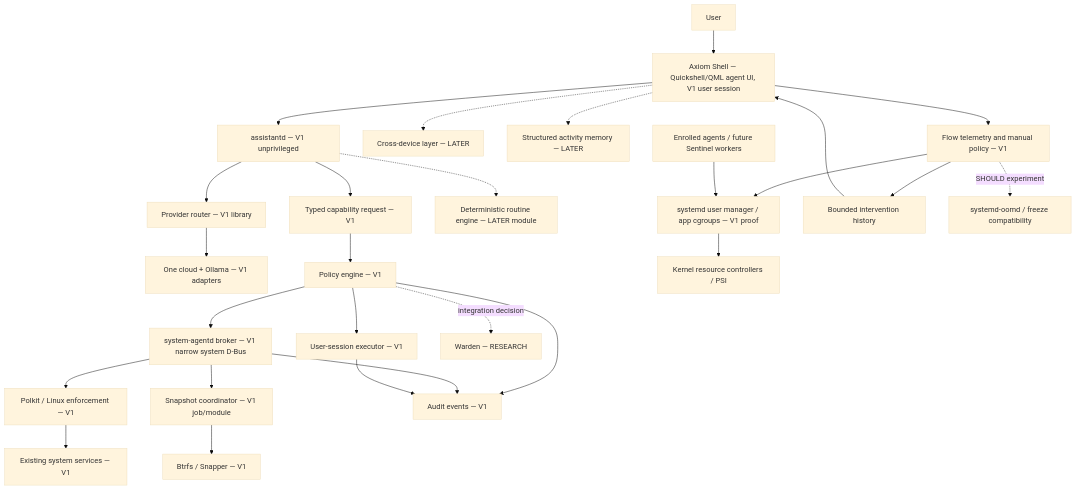
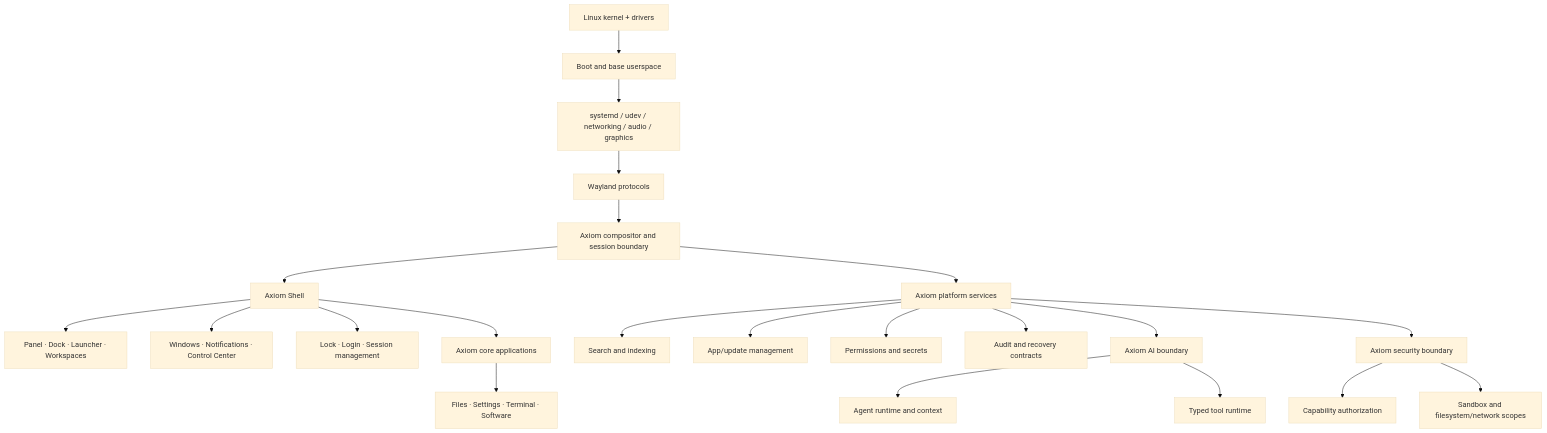
One commit to Prof-bilal/Axiom changed the diagram in docs/ARCHITECTURE.md. Above: the diagram before and after it, drawn with Mermaid (base theme). The commit also changed other lines of this file and 75 other files, not shown here.

Commit message:
Reset architecture around Axiom-owned desktop

````diff
--- a/docs/ARCHITECTURE.md
+++ b/docs/ARCHITECTURE.md
@@ -39,29 +15,24 @@
 ```mermaid
-flowchart TD
-  User[User] --> UI[Axiom Shell — Quickshell/QML agent UI, V1 user session]
-  UI --> A[assistantd — V1 unprivileged]
-  A --> R[Provider router — V1 library]
-  R --> P[One cloud + Ollama — V1 adapters]
-  A --> C[Typed capability request — V1]
-  C --> E[Policy engine — V1]
-  E --> U[User-session executor — V1]
-  E --> B[system-agentd broker — V1 narrow system D-Bus]
-  B --> K[Polkit / Linux enforcement — V1]
-  K --> S[Existing system services — V1]
-  E -. integration decision .-> W[Warden — RESEARCH]
-  B --> T[Snapshot coordinator — V1 job/module]
-  T --> BS[Btrfs / Snapper — V1]
-  E --> AU[Audit events — V1]
-  B --> AU
-  U --> AU
-  A -.-> RT[Deterministic routine engine — LATER module]
-  UI -.-> CD[Cross-device layer — LATER]
-  UI -.-> MM[Structured activity memory — LATER]
-  UI --> FT[Flow telemetry and manual policy — V1]
-  FT --> FM[systemd user manager / app cgroups — V1 proof]
-  FM --> FK[Kernel resource controllers / PSI]
-  FW[Enrolled agents / future Sentinel workers] --> FM
-  FT --> FH[Bounded intervention history]
-  FH --> UI
-  FT -. SHOULD experiment .-> FO[systemd-oomd / freeze compatibility]
+flowchart TB
+  K[Linux kernel + drivers] --> B[Boot and base userspace]
+  B --> P[systemd / udev / networking / audio / graphics]
+  P --> W[Wayland protocols]
+  W --> C[Axiom compositor and session boundary]
+  C --> S[Axiom Shell]
+  S --> SH[Panel · Dock · Launcher · Workspaces]
+  S --> SU[Windows · Notifications · Control Center]
+  S --> SL[Lock · Login · Session management]
+  S --> A[Axiom core applications]
+  A --> F[Files · Settings · Terminal · Software]
+  C --> PS[Axiom platform services]
+  PS --> IDX[Search and indexing]
+  PS --> APP[App/update management]
+  PS --> PERM[Permissions and secrets]
+  PS --> AUD[Audit and recovery contracts]
+  PS --> AI[Axiom AI boundary]
+  AI --> AG[Agent runtime and context]
+  AI --> TOOLS[Typed tool runtime]
+  PS --> SEC[Axiom security boundary]
+  SEC --> CAP[Capability authorization]
+  SEC --> ISO[Sandbox and filesystem/network scopes]
 ```
````
